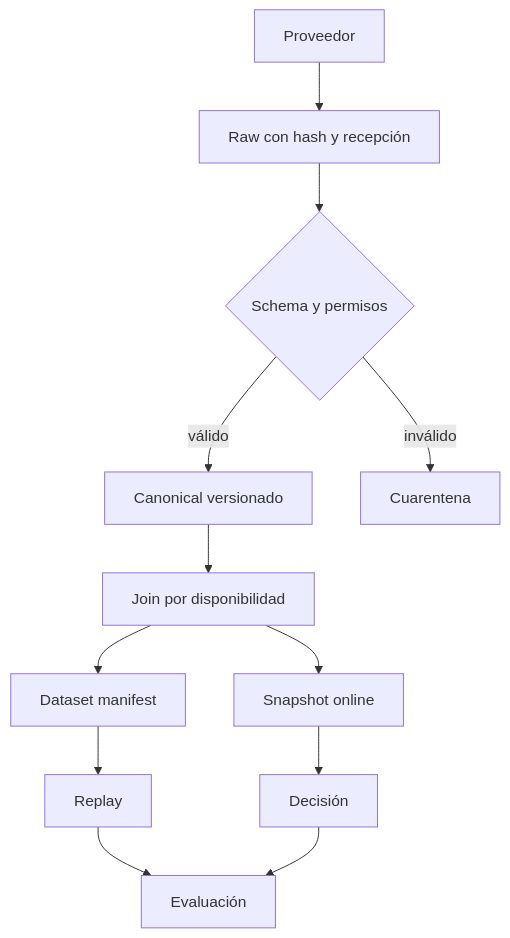
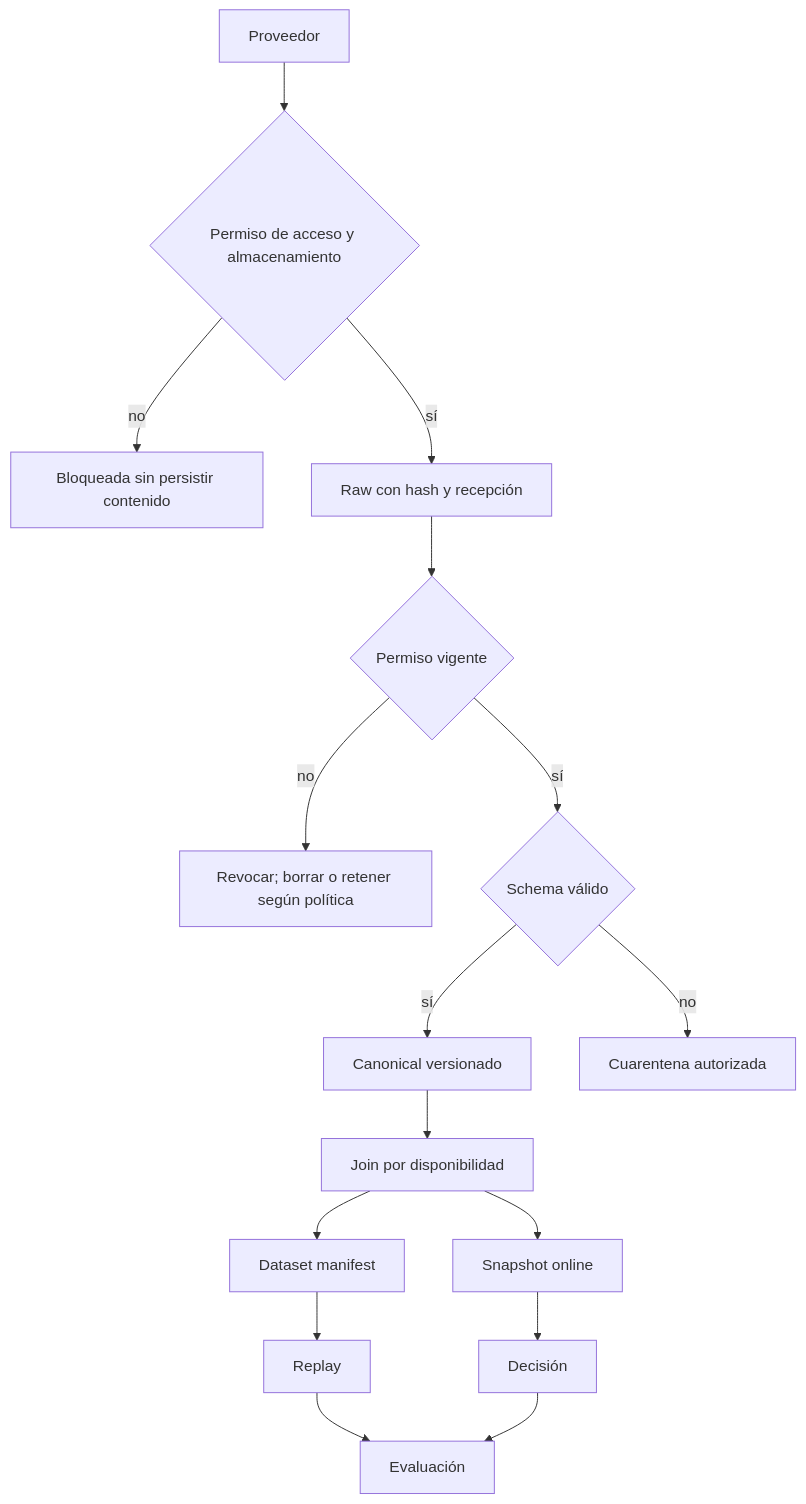
Before and after one commit to SaintWyss/td: the diagram in docs/diagrams/05-data-flow.mmd, drawn with Mermaid. The commit also changed 310 other files, not shown here.

```diff
--- a/docs/diagrams/05-data-flow.mmd
+++ b/docs/diagrams/05-data-flow.mmd
@@ -1,12 +1,16 @@
 flowchart TD
-  SRC["Proveedor"] --> RAW["Raw con hash y recepción"]
-  RAW --> V{"Schema y permisos"}
-  V -->|"válido"| CAN["Canonical versionado"]
-  V -->|"inválido"| Q["Cuarentena"]
+  SRC["Proveedor"] --> G{"Permiso de acceso y almacenamiento"}
+  G -->|"no"| B["Bloqueada sin persistir contenido"]
+  G -->|"sí"| RAW["Raw con hash y recepción"]
+  RAW --> P{"Permiso vigente"}
+  P -->|"no"| T["Revocar; borrar o retener según política"]
+  P -->|"sí"| V{"Schema válido"}
+  V -->|"sí"| CAN["Canonical versionado"]
+  V -->|"no"| Q["Cuarentena autorizada"]
   CAN --> PIT["Join por disponibilidad"]
   PIT --> DS["Dataset manifest"]
   PIT --> F["Snapshot online"]
   DS --> REP["Replay"]
   F --> DEC["Decisión"]
   REP --> EV["Evaluación"]
   DEC --> EV
```
